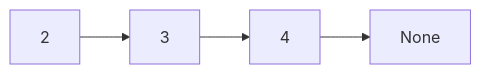
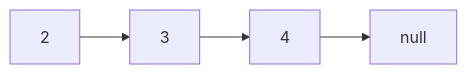
The first of 3 diagrams in docs/terminale/structures-de-donnees/listes/listeschainees.md (MMarchand-NSI/MMarchand-NSI.github.io), drawn with Mermaid before and after one commit. The commit also changed other lines of this file and 8 other files, not shown here.

````diff
--- a/docs/terminale/structures-de-donnees/listes/listeschainees.md
+++ b/docs/terminale/structures-de-donnees/listes/listeschainees.md
@@ -40,4 +57,4 @@
 ```mermaid
 graph LR
-  m1["2"] --> m2["3"] --> m3["4"] --> N["None"]
+  m1["2"] --> m2["3"] --> m3["4"] --> N["null"]
 ```
````
